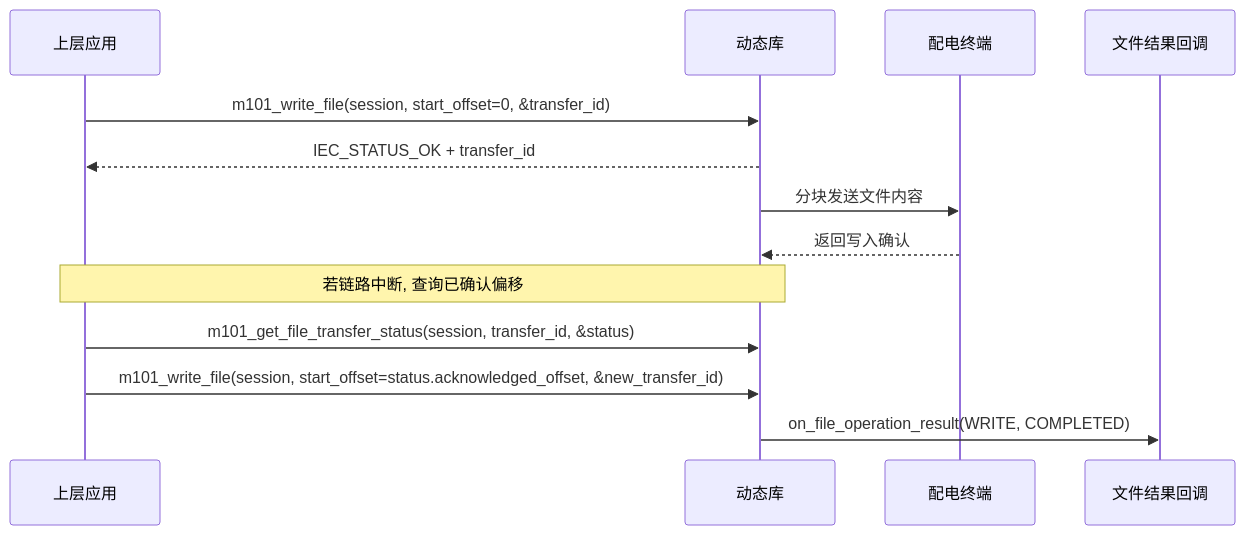
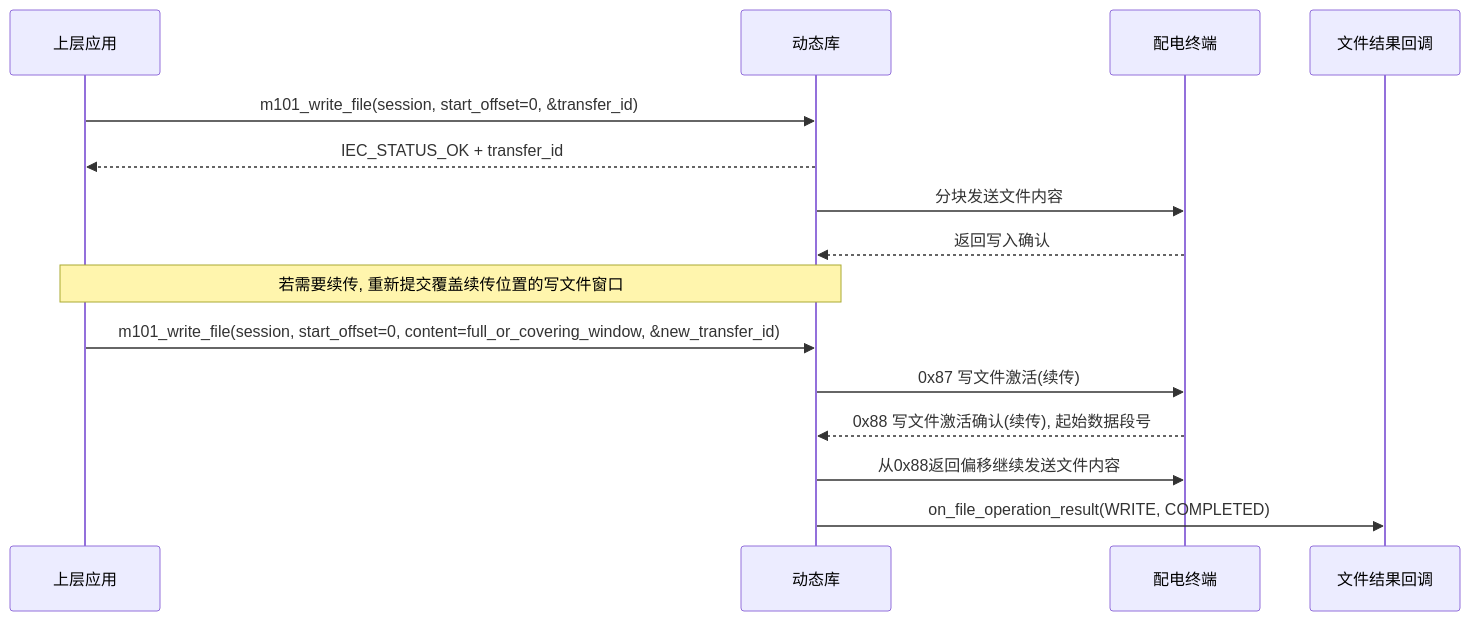
One commit to CcooLcyy/gw-protocol-sdk changed diagram 12 of 19 in doc/api/gw_protocol_sdk_api_design.md. Above: the diagram before and after it, drawn with Mermaid. The commit also changed other lines of this file and 1 other file, not shown here.

````diff
--- a/doc/api/gw_protocol_sdk_api_design.md
+++ b/doc/api/gw_protocol_sdk_api_design.md
@@ -2320,16 +2321,18 @@
 ```mermaid
 sequenceDiagram
     participant 应用 as 上层应用
     participant 库 as 动态库
     participant 终端 as 配电终端
     participant 回调 as 文件结果回调
 
     应用->>库: m101_write_file(session, start_offset=0, &transfer_id)
     库-->>应用: IEC_STATUS_OK + transfer_id
     库->>终端: 分块发送文件内容
     终端-->>库: 返回写入确认
-    Note over 应用,库: 若链路中断, 查询已确认偏移
-    应用->>库: m101_get_file_transfer_status(session, transfer_id, &status)
-    应用->>库: m101_write_file(session, start_offset=status.acknowledged_offset, &new_transfer_id)
+    Note over 应用,库: 若需要续传, 重新提交覆盖续传位置的写文件窗口
+    应用->>库: m101_write_file(session, start_offset=0, content=full_or_covering_window, &new_transfer_id)
+    库->>终端: 0x87 写文件激活(续传)
+    终端-->>库: 0x88 写文件激活确认(续传), 起始数据段号
+    库->>终端: 从0x88返回偏移继续发送文件内容
     库->>回调: on_file_operation_result(WRITE, COMPLETED)
 ```
````
